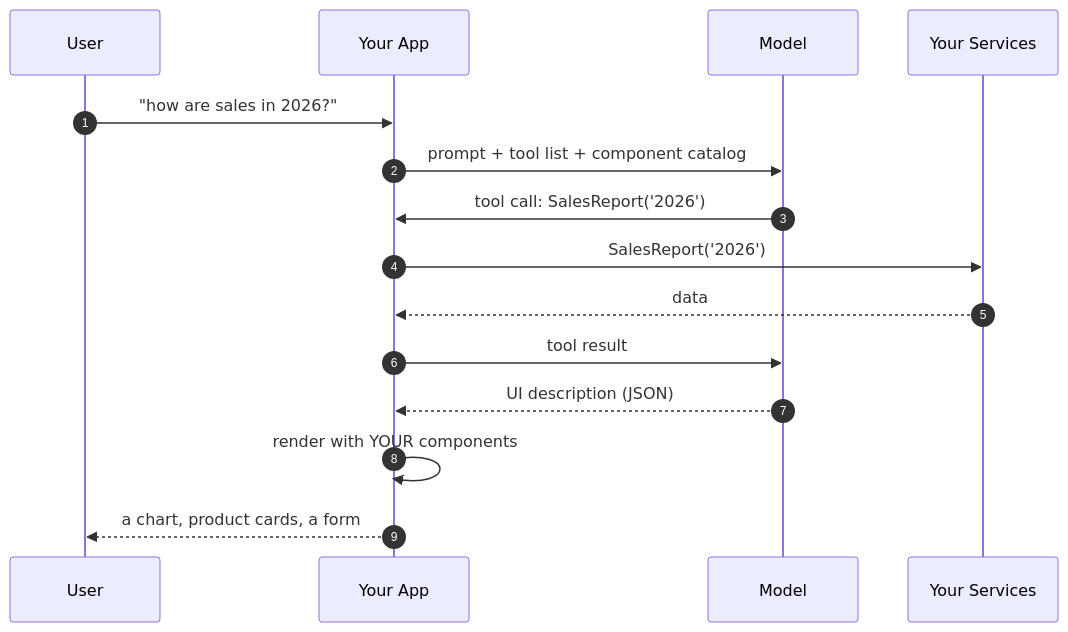
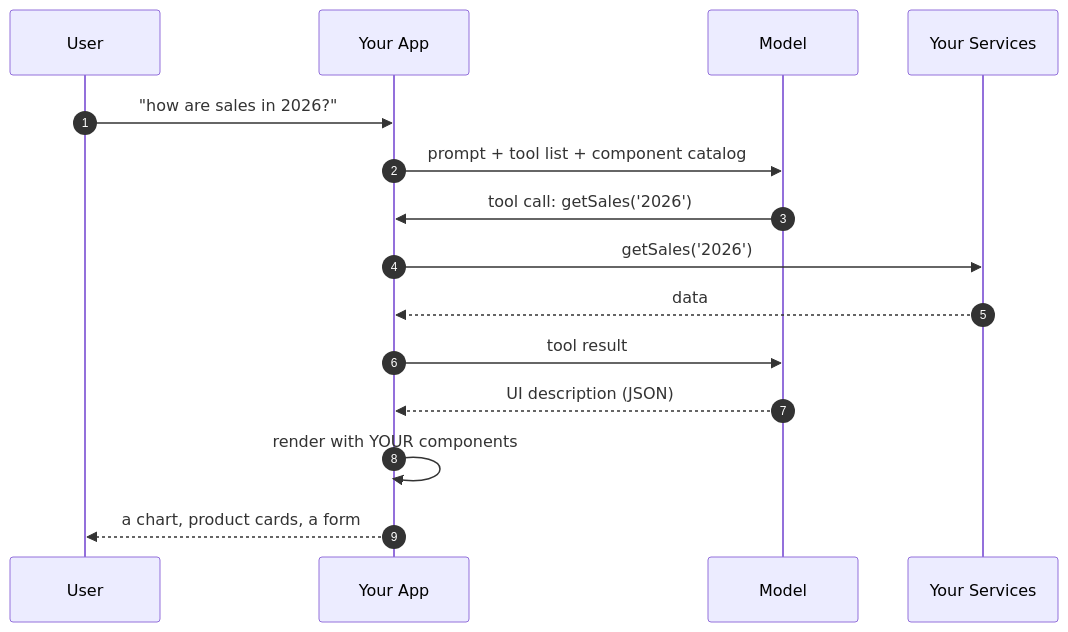
One commit to fb-talks/generative-ui changed the first of 4 diagrams in decks/09-short-version.md. Above: the diagram before and after it, drawn with Mermaid. The commit also changed other lines of this file, not shown here.

First line of the commit message:
GEN UI TALK: fragments and a simpler Gen UI flow

````diff
--- a/decks/09-short-version.md
+++ b/decks/09-short-version.md
@@ -191,18 +205,18 @@
 ```mermaid
 sequenceDiagram
     autonumber
     participant U as User
     participant A as Your App
     participant M as Model
     participant S as Your Services
 
     U->>A: "how are sales in 2026?"
     A->>M: prompt + tool list + component catalog
-    M->>A: tool call: SalesReport('2026')
-    A->>S: SalesReport('2026')
+    M->>A: tool call: getSales('2026')
+    A->>S: getSales('2026')
     S-->>A: data
     A->>M: tool result
     M-->>A: UI description (JSON)
     A->>A: render with YOUR components
     A-->>U: a chart, product cards, a form
 ```
````
